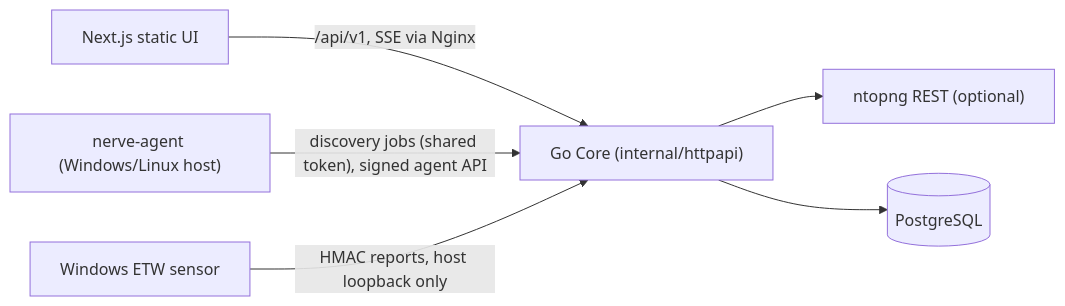
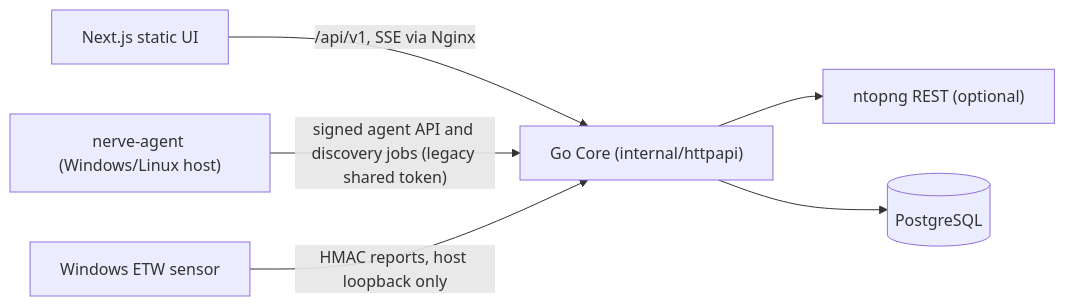
One commit to Luis-0508/NERVE-App changed the diagram in docs/ARCHITECTURE.md. Above: the diagram before and after it, drawn with Mermaid. The commit also changed other lines of this file and 32 other files, not shown here.

Commit message:
feat(discovery): authenticate the discovery worker with its enrolled agent identity (#108)

````diff
--- a/docs/ARCHITECTURE.md
+++ b/docs/ARCHITECTURE.md
@@ -23,8 +23,8 @@
 ```mermaid
 flowchart LR
   ui["Next.js static UI"] -->|"/api/v1, SSE via Nginx"| core["Go Core (internal/httpapi)"]
-  agent["nerve-agent (Windows/Linux host)"] -->|"discovery jobs (shared token), signed agent API"| core
+  agent["nerve-agent (Windows/Linux host)"] -->|"signed agent API and discovery jobs (legacy shared token)"| core
   sensor["Windows ETW sensor"] -->|"HMAC reports, host loopback only"| core
   core --> ntop["ntopng REST (optional)"]
   core --> db[("PostgreSQL")]
 ```
````
